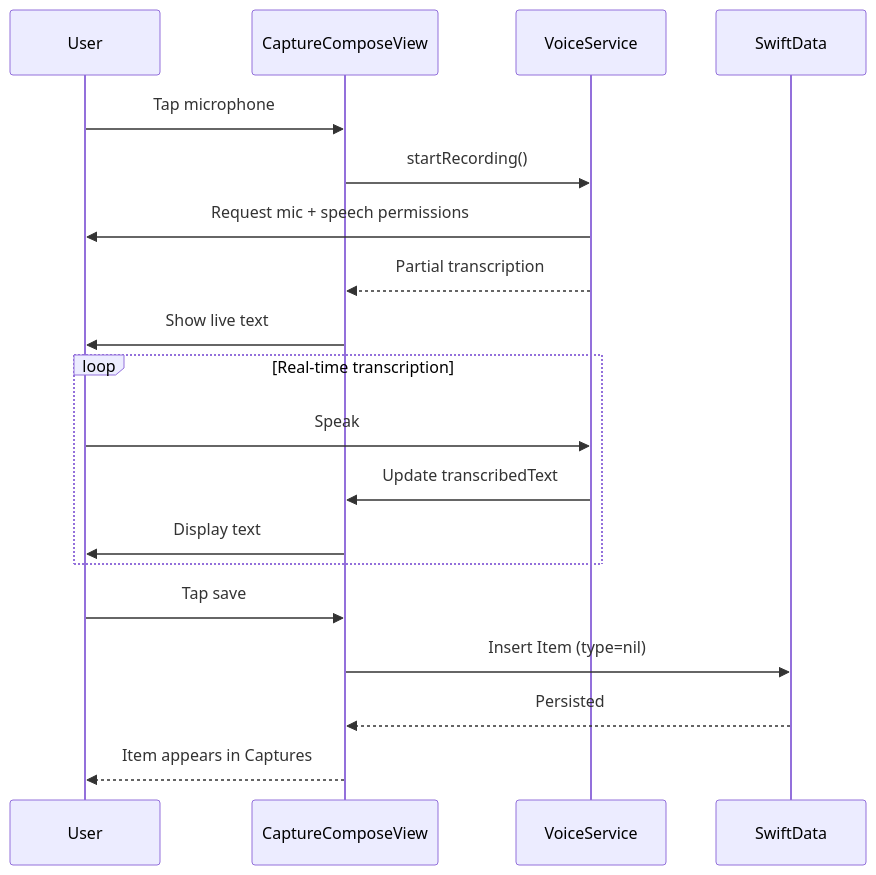
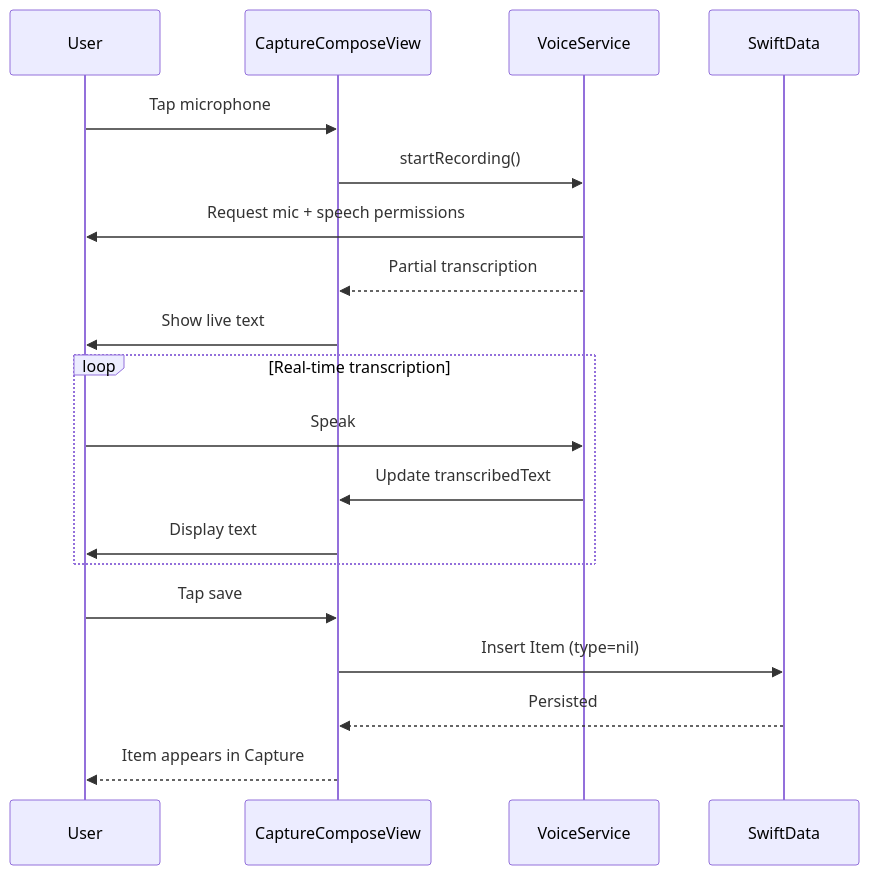
Before and after one commit to Will-Conklin/Offload: the fourth of 4 diagrams in README.md, drawn with Mermaid. The commit also changed other lines of this file and 117 other files, not shown here.

Commit message:
feat(ui): consolidate design system and capture flow

````diff
--- a/README.md
+++ b/README.md
@@ -219,24 +219,24 @@
 ```mermaid
 sequenceDiagram
     participant User
     participant CaptureComposeView
     participant VoiceService
     participant SwiftData
 
     User->>CaptureComposeView: Tap microphone
     CaptureComposeView->>VoiceService: startRecording()
     VoiceService->>User: Request mic + speech permissions
     VoiceService-->>CaptureComposeView: Partial transcription
     CaptureComposeView->>User: Show live text
 
     loop Real-time transcription
         User->>VoiceService: Speak
         VoiceService->>CaptureComposeView: Update transcribedText
         CaptureComposeView->>User: Display text
     end
 
     User->>CaptureComposeView: Tap save
     CaptureComposeView->>SwiftData: Insert Item (type=nil)
     SwiftData-->>CaptureComposeView: Persisted
-    CaptureComposeView-->>User: Item appears in Captures
+    CaptureComposeView-->>User: Item appears in Capture
 ```
````
